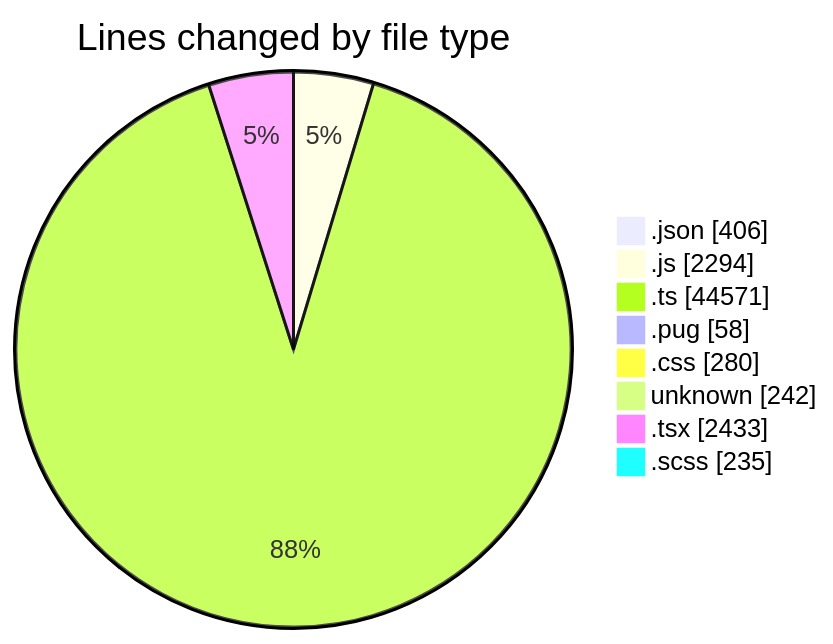
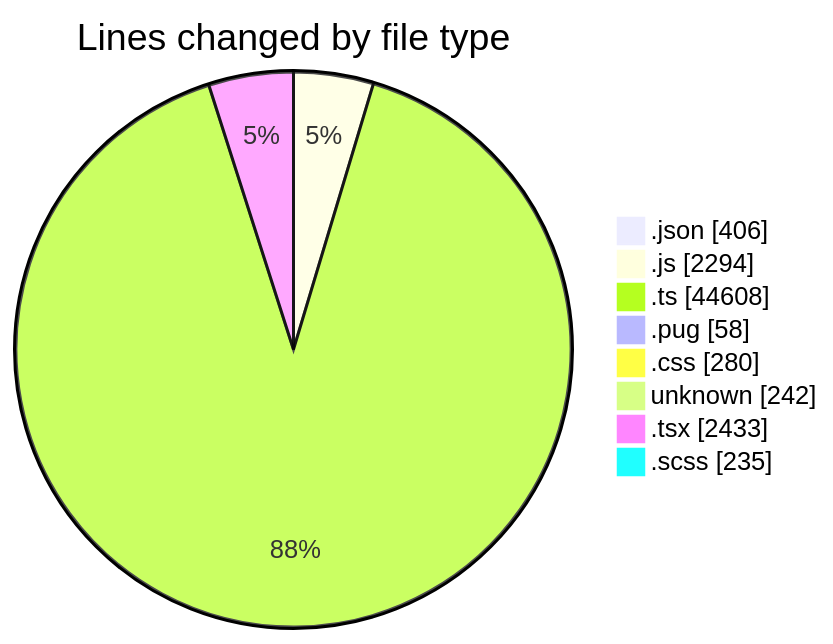
Before and after one commit to momahboobian/code-tracking: the first of 2 diagrams in 2026-06-02/cda/README.md, drawn with Mermaid. The commit also changed other lines of this file and 1 other file, not shown here.

````diff
--- a/2026-06-02/cda/README.md
+++ b/2026-06-02/cda/README.md
@@ -69,12 +69,12 @@
 ```mermaid
 pie showData
 title Lines changed by file type
 ".json" : 406
 ".js" : 2294
-".ts" : 44571
+".ts" : 44608
 ".pug" : 58
 ".css" : 280
 "unknown" : 242
 ".tsx" : 2433
 ".scss" : 235
 ```
````
